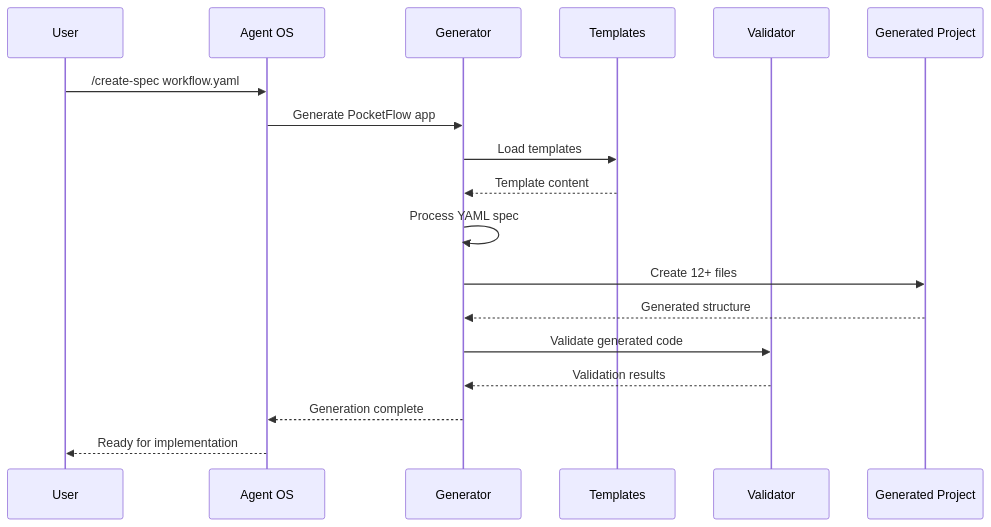
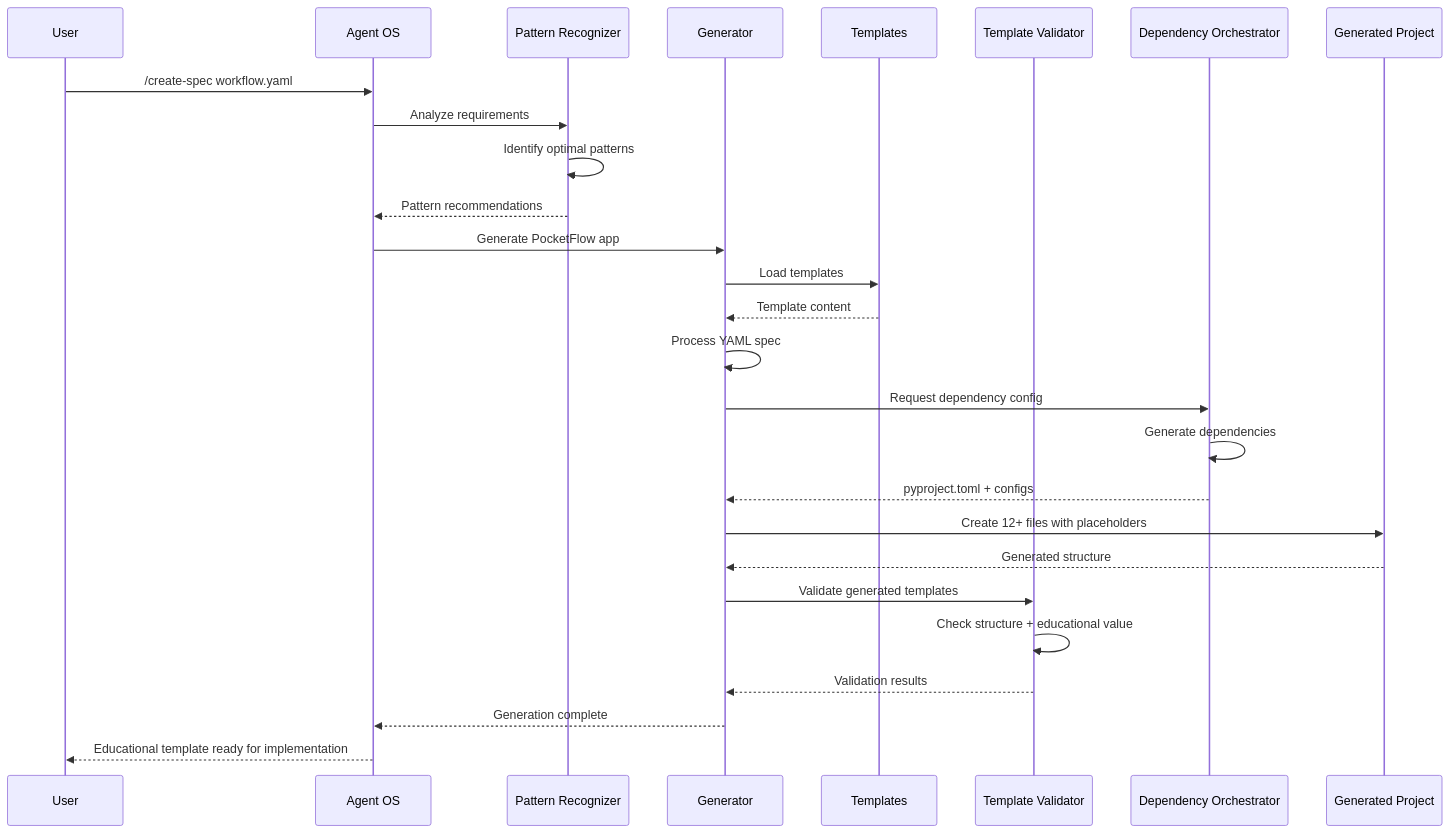
One commit to pickleton89/agent-os-pocketflow changed the second of 6 diagrams in docs/architecture/system-overview.md. Above: the diagram before and after it, drawn with Mermaid. The commit also changed other lines of this file and 2 other files, not shown here.

First line of the commit message:
📊 Update architecture diagrams - Sub-Agents system integration

````diff
--- a/docs/architecture/system-overview.md
+++ b/docs/architecture/system-overview.md
@@ -79,21 +103,30 @@
 ```mermaid
 sequenceDiagram
     participant U as User
     participant A as Agent OS
+    participant PR as Pattern Recognizer
     participant G as Generator
     participant T as Templates
-    participant V as Validator
+    participant TV as Template Validator
+    participant DO as Dependency Orchestrator
     participant P as Generated Project
     
     U->>A: /create-spec workflow.yaml
+    A->>PR: Analyze requirements
+    PR->>PR: Identify optimal patterns
+    PR-->>A: Pattern recommendations
     A->>G: Generate PocketFlow app
     G->>T: Load templates
     T-->>G: Template content
     G->>G: Process YAML spec
-    G->>P: Create 12+ files
+    G->>DO: Request dependency config
+    DO->>DO: Generate dependencies
+    DO-->>G: pyproject.toml + configs
+    G->>P: Create 12+ files with placeholders
     P-->>G: Generated structure
-    G->>V: Validate generated code
-    V-->>G: Validation results
+    G->>TV: Validate generated templates
+    TV->>TV: Check structure + educational value
+    TV-->>G: Validation results
     G-->>A: Generation complete
-    A-->>U: Ready for implementation
+    A-->>U: Educational template ready for implementation
 ```
````
